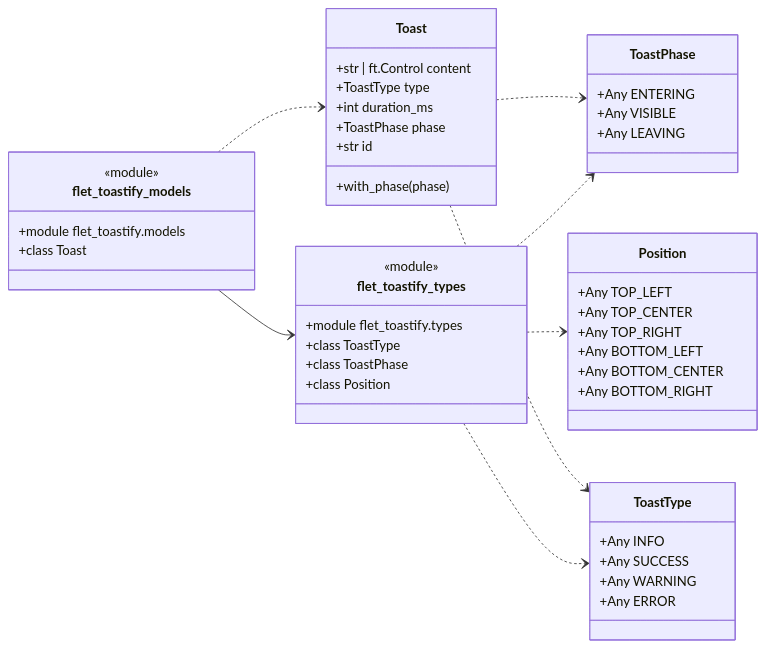
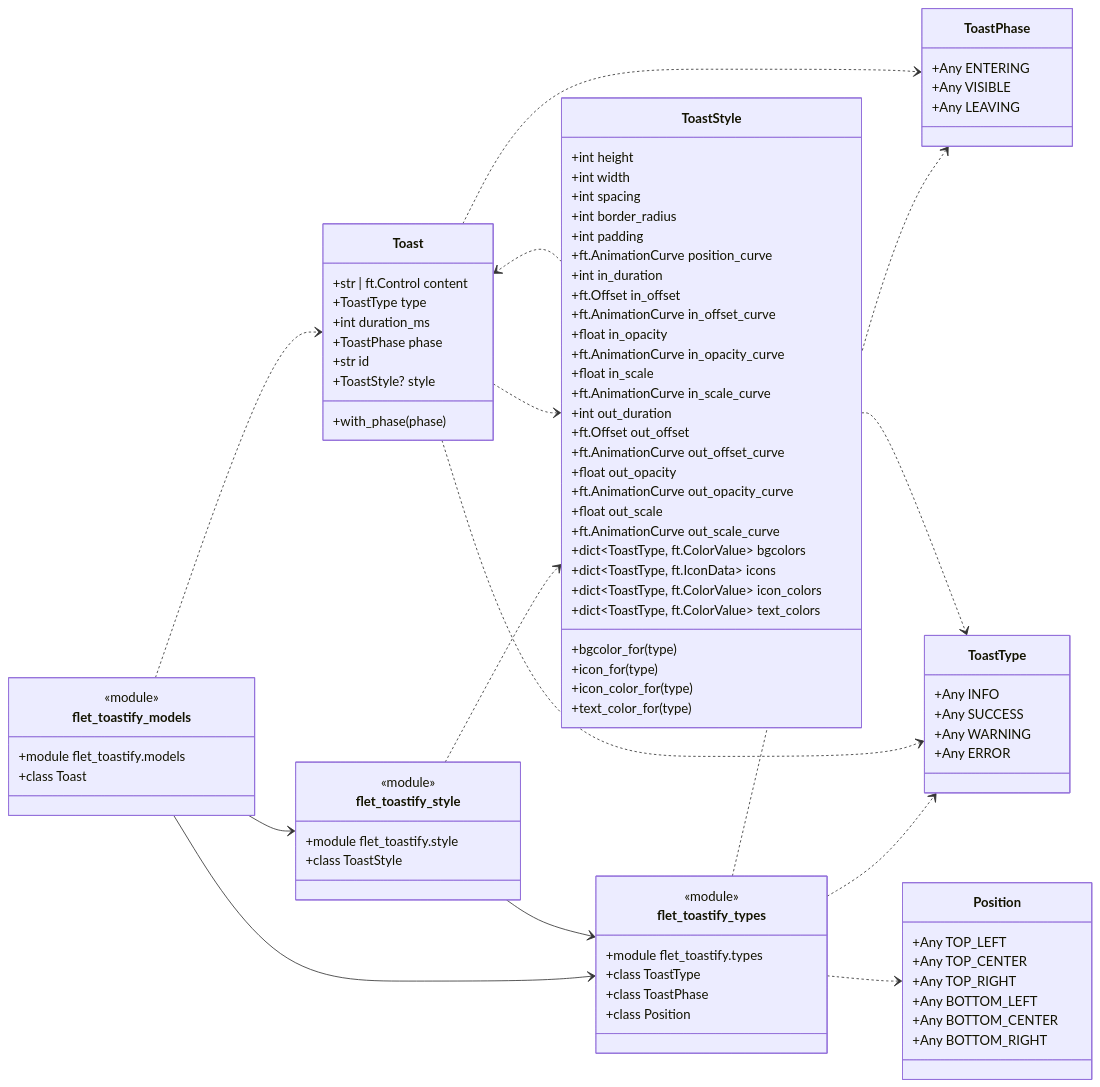
One commit to brunobrown/flet-toastify changed the diagram in docs/assets/diagrams/generated/hybrid.mmd. Above: the diagram before and after it, drawn with Mermaid. The commit also changed 12 other files, not shown here.

```diff
--- a/docs/assets/diagrams/generated/hybrid.mmd
+++ b/docs/assets/diagrams/generated/hybrid.mmd
@@ -1,56 +1,100 @@
 classDiagram
   direction LR
   %% flet-toastify generated architecture diagrams: hybrid modules and classes
 
   class flet_toastify_models {
     <<module>>
     +module flet_toastify.models
     +class Toast
+  }
+
+  class flet_toastify_style {
+    <<module>>
+    +module flet_toastify.style
+    +class ToastStyle
   }
 
   class flet_toastify_types {
     <<module>>
     +module flet_toastify.types
     +class ToastType
     +class ToastPhase
     +class Position
   }
 
   class Toast {
     +str | ft.Control content
     +ToastType type
     +int duration_ms
     +ToastPhase phase
     +str id
+    +ToastStyle? style
     +with_phase(phase)
+  }
+
+  class ToastStyle {
+    +int height
+    +int width
+    +int spacing
+    +int border_radius
+    +int padding
+    +ft.AnimationCurve position_curve
+    +int in_duration
+    +ft.Offset in_offset
+    +ft.AnimationCurve in_offset_curve
+    +float in_opacity
+    +ft.AnimationCurve in_opacity_curve
+    +float in_scale
+    +ft.AnimationCurve in_scale_curve
+    +int out_duration
+    +ft.Offset out_offset
+    +ft.AnimationCurve out_offset_curve
+    +float out_opacity
+    +ft.AnimationCurve out_opacity_curve
+    +float out_scale
+    +ft.AnimationCurve out_scale_curve
+    +dict~ToastType, ft.ColorValue~ bgcolors
+    +dict~ToastType, ft.IconData~ icons
+    +dict~ToastType, ft.ColorValue~ icon_colors
+    +dict~ToastType, ft.ColorValue~ text_colors
+    +bgcolor_for(type)
+    +icon_for(type)
+    +icon_color_for(type)
+    +text_color_for(type)
   }
 
   class Position {
     +Any TOP_LEFT
     +Any TOP_CENTER
     +Any TOP_RIGHT
     +Any BOTTOM_LEFT
     +Any BOTTOM_CENTER
     +Any BOTTOM_RIGHT
   }
 
   class ToastPhase {
     +Any ENTERING
     +Any VISIBLE
     +Any LEAVING
   }
 
   class ToastType {
     +Any INFO
     +Any SUCCESS
     +Any WARNING
     +Any ERROR
   }
 
   flet_toastify_models ..> Toast
+  flet_toastify_style ..> ToastStyle
   flet_toastify_types ..> Position
   flet_toastify_types ..> ToastPhase
   flet_toastify_types ..> ToastType
   Toast ..> ToastPhase
+  Toast ..> ToastStyle
   Toast ..> ToastType
+  ToastStyle ..> Toast
+  ToastStyle ..> ToastType
+  flet_toastify_models --> flet_toastify_style
   flet_toastify_models --> flet_toastify_types
+  flet_toastify_style --> flet_toastify_types
```
